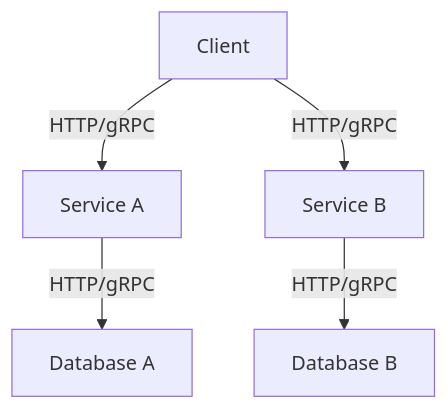
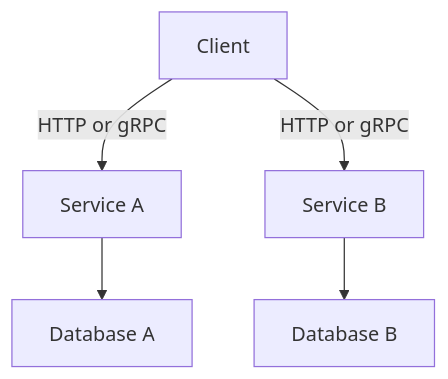
One commit to 42jerrykim/42jerrykim.github.io changed the tenth of 11 diagrams in content/post/2024/2024-09-09-rest-vs-graphql/index.md. Above: the diagram before and after it, drawn with Mermaid. The commit also changed other lines of this file and 239 other files, not shown here.

````diff
--- a/content/post/2024/2024-09-09-rest-vs-graphql/index.md
+++ b/content/post/2024/2024-09-09-rest-vs-graphql/index.md
@@ -679,7 +550,12 @@
 ```mermaid
-graph TD;
-    A[Client] -->|HTTP/gRPC| B[Service A]
-    A -->|HTTP/gRPC| C[Service B]
-    B -->|HTTP/gRPC| D[Database A]
-    C -->|HTTP/gRPC| E[Database B]
+graph TD
+    clientNode["Client"]
+    serviceA["Service A"]
+    serviceB["Service B"]
+    dbA["Database A"]
+    dbB["Database B"]
+    clientNode -->|"HTTP or gRPC"| serviceA
+    clientNode -->|"HTTP or gRPC"| serviceB
+    serviceA --> dbA
+    serviceB --> dbB
 ```
````
